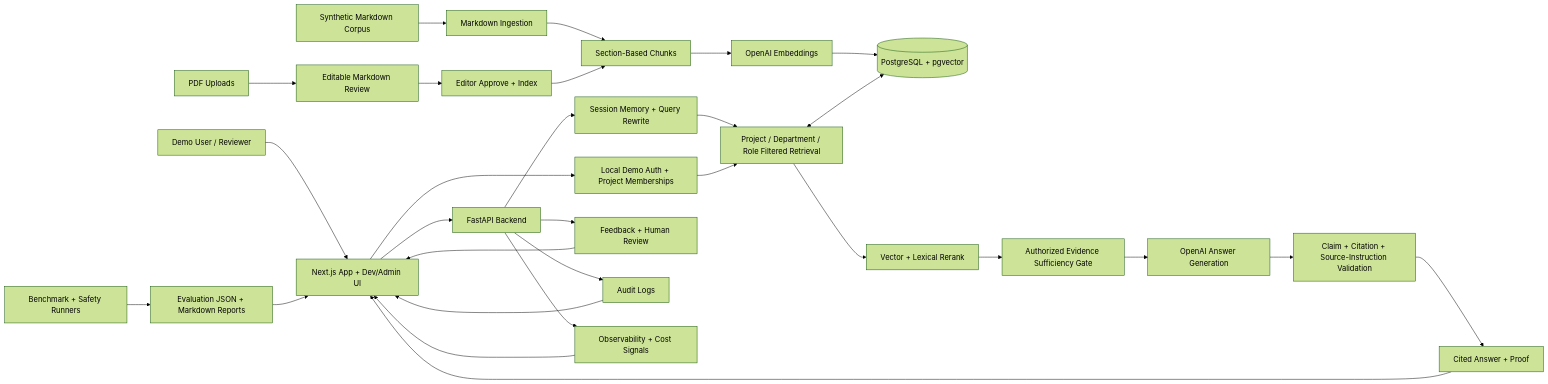
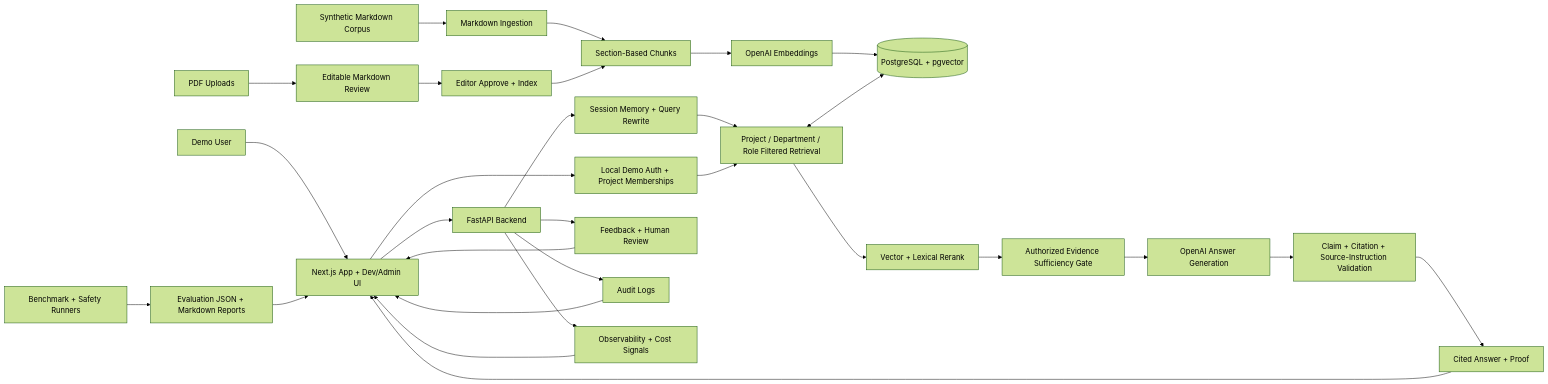
Before and after one commit to christiankfoury/proofbase-rag: the diagram in README.md, drawn with Mermaid (forest theme). The commit also changed other lines of this file and 40 other files, not shown here.

````diff
--- a/README.md
+++ b/README.md
@@ -74,34 +74,34 @@
 ```mermaid
 flowchart LR
-  User[Demo User / Reviewer] --> Web[Next.js App + Dev/Admin UI]
+  User[Demo User] --> Web[Next.js App + Dev/Admin UI]
   Web --> Auth[Local Demo Auth + Project Memberships]
   Web --> API[FastAPI Backend]
 
   Docs[Synthetic Markdown Corpus] --> Ingest[Markdown Ingestion]
   Uploads[PDF Uploads] --> Review[Editable Markdown Review]
   Review --> Approve[Editor Approve + Index]
   Ingest --> Chunk[Section-Based Chunks]
   Approve --> Chunk
   Chunk --> Embed[OpenAI Embeddings]
   Embed --> PG[(PostgreSQL + pgvector)]
 
   API --> Memory[Session Memory + Query Rewrite]
   Memory --> Retrieve[Project / Department / Role Filtered Retrieval]
   Auth --> Retrieve
   Retrieve <--> PG
   Retrieve --> Rerank[Vector + Lexical Rerank]
   Rerank --> Evidence[Authorized Evidence Sufficiency Gate]
   Evidence --> Generate[OpenAI Answer Generation]
   Generate --> Validate[Claim + Citation + Source-Instruction Validation]
   Validate --> Answer[Cited Answer + Proof]
   Answer --> Web
 
   API --> Feedback[Feedback + Human Review]
   API --> Audit[Audit Logs]
   API --> Obs[Observability + Cost Signals]
   Eval[Benchmark + Safety Runners] --> Reports[Evaluation JSON + Markdown Reports]
   Reports --> Web
   Feedback --> Web
   Audit --> Web
   Obs --> Web
 ```
````
